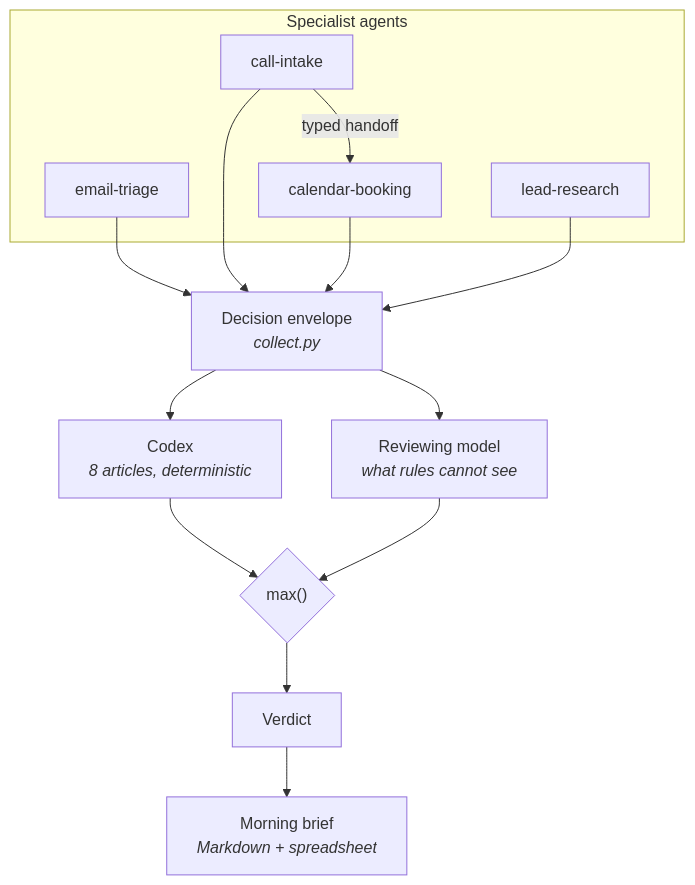
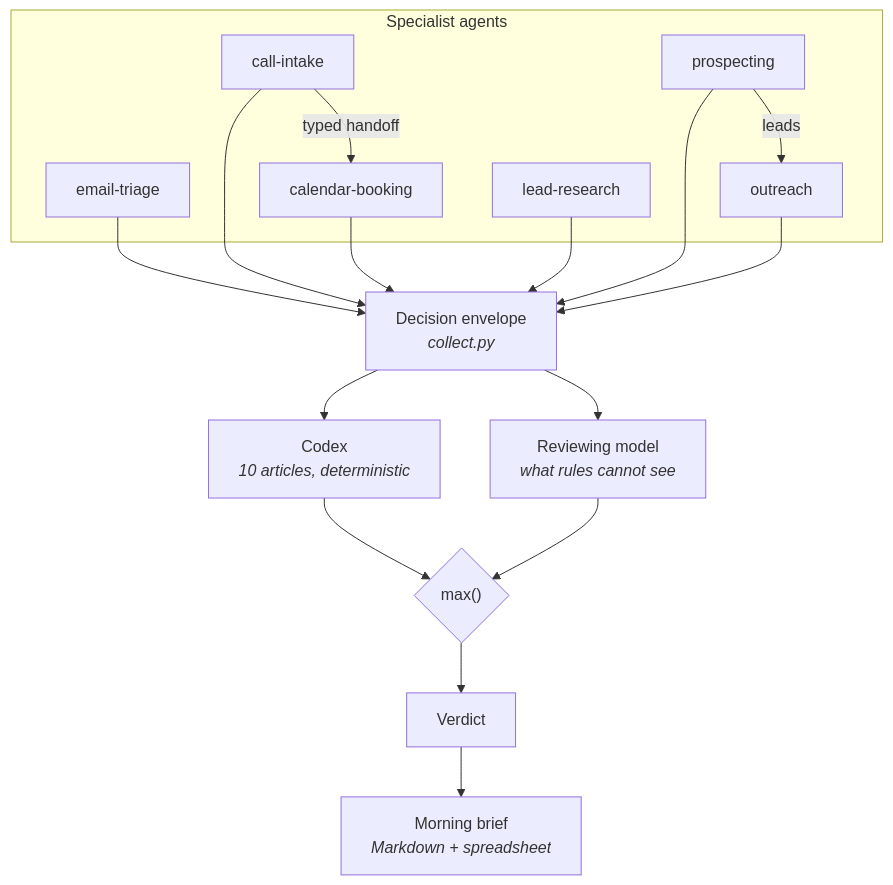
One commit to alijasubasic/AI-Agents changed the diagram in agents/supervisor/README.md. Above: the diagram before and after it, drawn with Mermaid. The commit also changed other lines of this file and 49 other files, not shown here.

````diff
--- a/agents/supervisor/README.md
+++ b/agents/supervisor/README.md
@@ -93,20 +101,23 @@
 ```mermaid
 flowchart TB
     subgraph specialists["Specialist agents"]
         E["email-triage"]
         C["call-intake"] -->|"typed handoff"| B["calendar-booking"]
         L["lead-research"]
+        P["prospecting"] -->|"leads"| O["outreach"]
     end
 
     E --> D["Decision envelope<br/><i>collect.py</i>"]
     C --> D
     B --> D
     L --> D
+    P --> D
+    O --> D
 
-    D --> Codex["Codex<br/><i>8 articles, deterministic</i>"]
+    D --> Codex["Codex<br/><i>10 articles, deterministic</i>"]
     D --> Model["Reviewing model<br/><i>what rules cannot see</i>"]
     Codex --> Max{"max()"}
     Model --> Max
     Max --> R["Verdict"]
     R --> Brief["Morning brief<br/><i>Markdown + spreadsheet</i>"]
 ```
````
